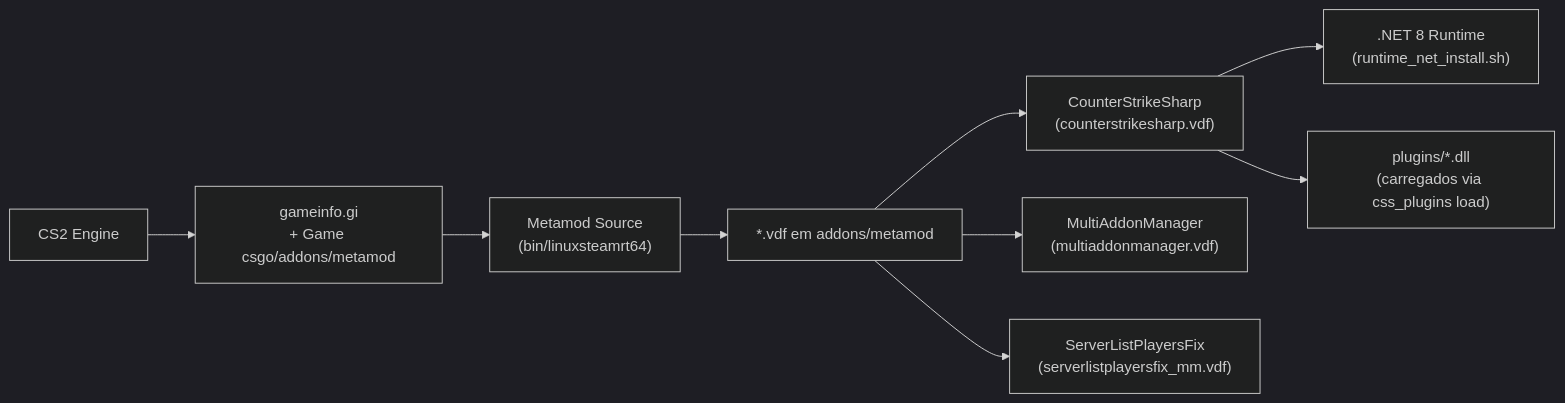
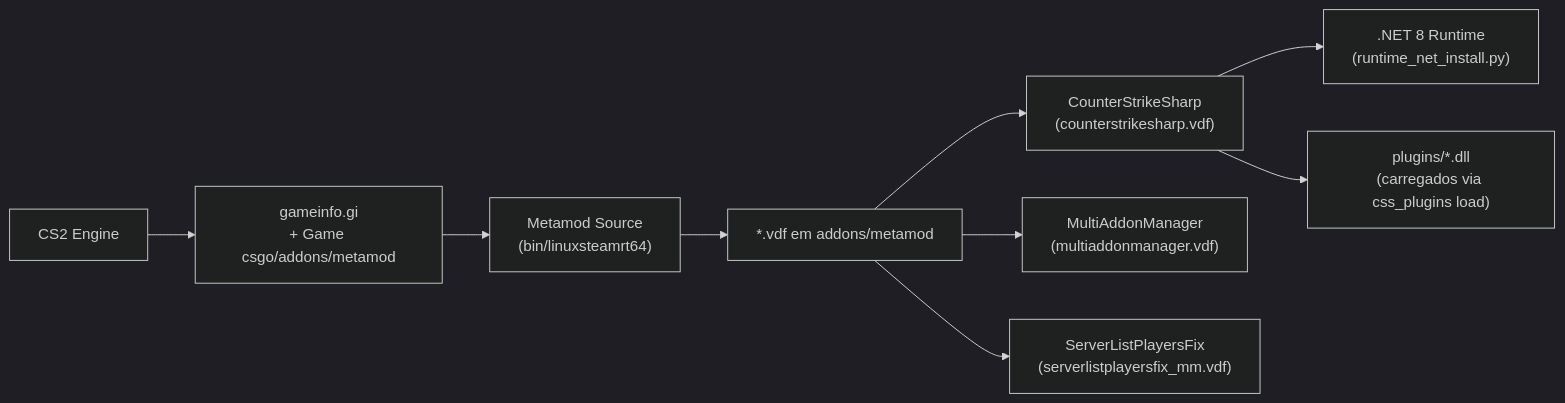
Before and after one commit to vinnedev/cs2-linux-server: the first of 2 diagrams in docs/06-addons-plugins.md, drawn with Mermaid (dark theme). The commit also changed other lines of this file and 92 other files, not shown here.

````diff
--- a/docs/06-addons-plugins.md
+++ b/docs/06-addons-plugins.md
@@ -5,11 +5,11 @@
 ```mermaid
 flowchart LR
     Engine["CS2 Engine"] --> GI["gameinfo.gi<br/>+ Game csgo/addons/metamod"]
     GI --> MM["Metamod Source<br/>(bin/linuxsteamrt64)"]
     MM --> VDFs["*.vdf em addons/metamod"]
     VDFs --> CSS["CounterStrikeSharp<br/>(counterstrikesharp.vdf)"]
     VDFs --> MAM["MultiAddonManager<br/>(multiaddonmanager.vdf)"]
     VDFs --> SLP["ServerListPlayersFix<br/>(serverlistplayersfix_mm.vdf)"]
-    CSS --> DotNet[".NET 8 Runtime<br/>(runtime_net_install.sh)"]
+    CSS --> DotNet[".NET 8 Runtime<br/>(runtime_net_install.py)"]
     CSS --> Plugins["plugins/*.dll<br/>(carregados via css_plugins load)"]
 ```
````
